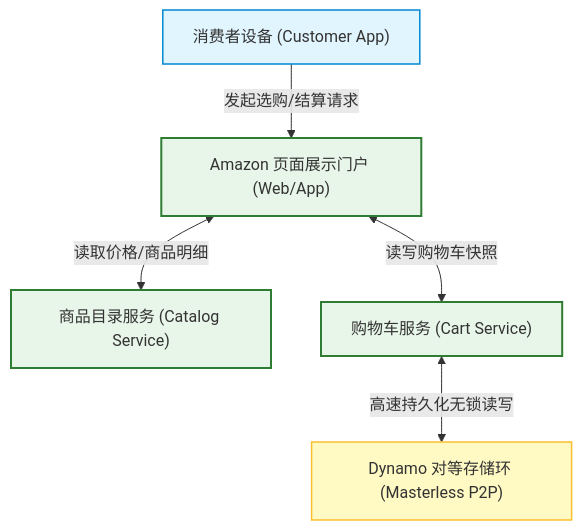
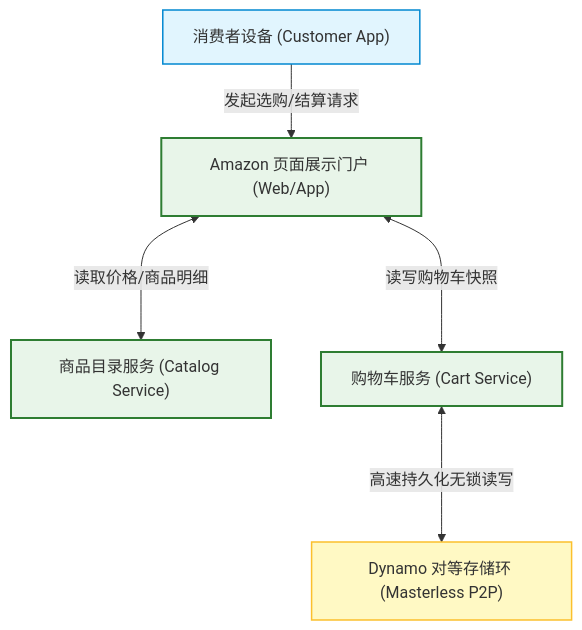
Before and after one commit to koosai/AI-Architect-Learning: the second of 8 diagrams in docs/atlas/amazon.mdx, drawn with Mermaid. The commit also changed 68 other files, not shown here.

Commit message:
fix(atlas): fix browser client-side Mermaid rendering for mindmaps and flowcharts across 67 case studies

````diff
--- a/docs/atlas/amazon.mdx
+++ b/docs/atlas/amazon.mdx
@@ -144,13 +144,13 @@
 ```mermaid
 graph TB
   classDef client fill:#e1f5fe,stroke:#0288d1,stroke-width:1.5px;
   classDef main fill:#e8f5e9,stroke:#2e7d32,stroke-width:2px;
   classDef third fill:#fff9c4,stroke:#fbc02d,stroke-width:1.5px;
 
   Customer["消费者设备 (Customer App)"]:::client -->|发起选购/结算请求| AmazonPortal["Amazon 页面展示门户 (Web/App)"]:::main
   
-  AmazonPortal <-->|读取价格/商品明细| CatalogService["商品目录服务 (Catalog Service)"]:::main
-  AmazonPortal <-->|读写购物车快照| CartService["购物车服务 (Cart Service)"]:::main
+  AmazonPortal <--->|读取价格/商品明细| CatalogService["商品目录服务 (Catalog Service)"]:::main
+  AmazonPortal <--->|读写购物车快照| CartService["购物车服务 (Cart Service)"]:::main
   
-  CartService <-->|高速持久化无锁读写| DynamoRing["Dynamo 对等存储环 (Masterless P2P)"]:::third
+  CartService <--->|高速持久化无锁读写| DynamoRing["Dynamo 对等存储环 (Masterless P2P)"]:::third
 ```
````
